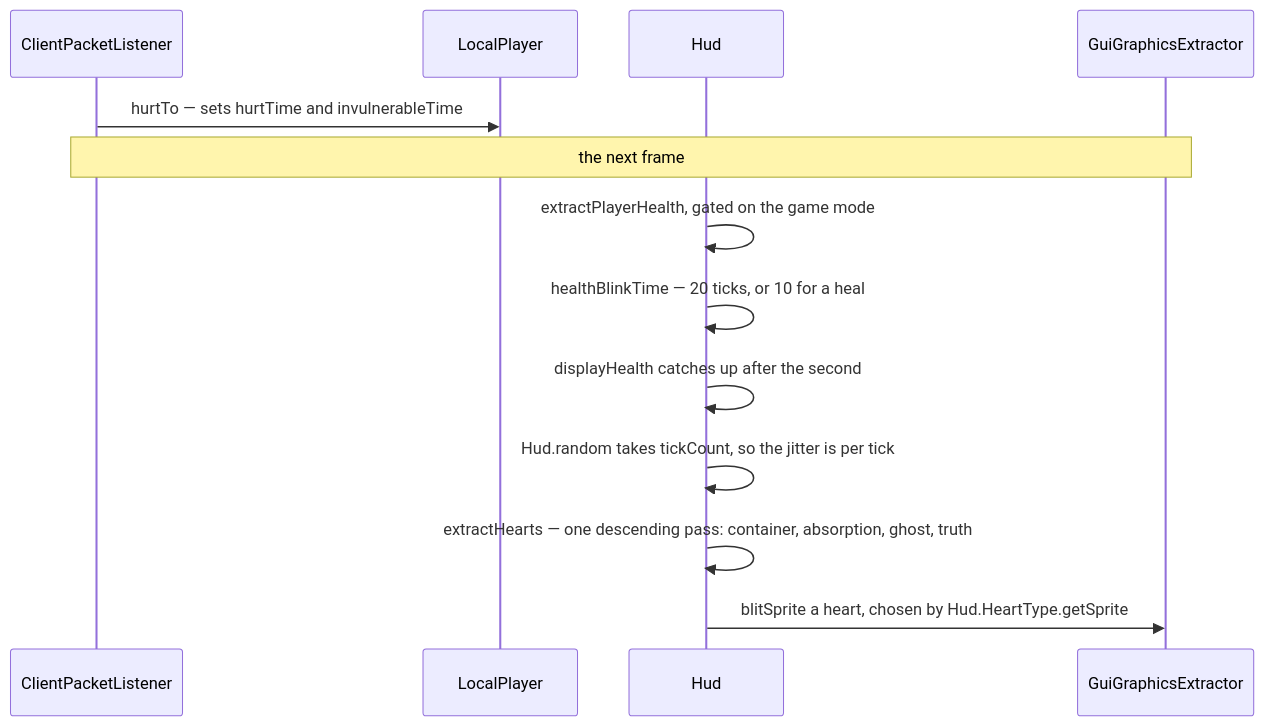
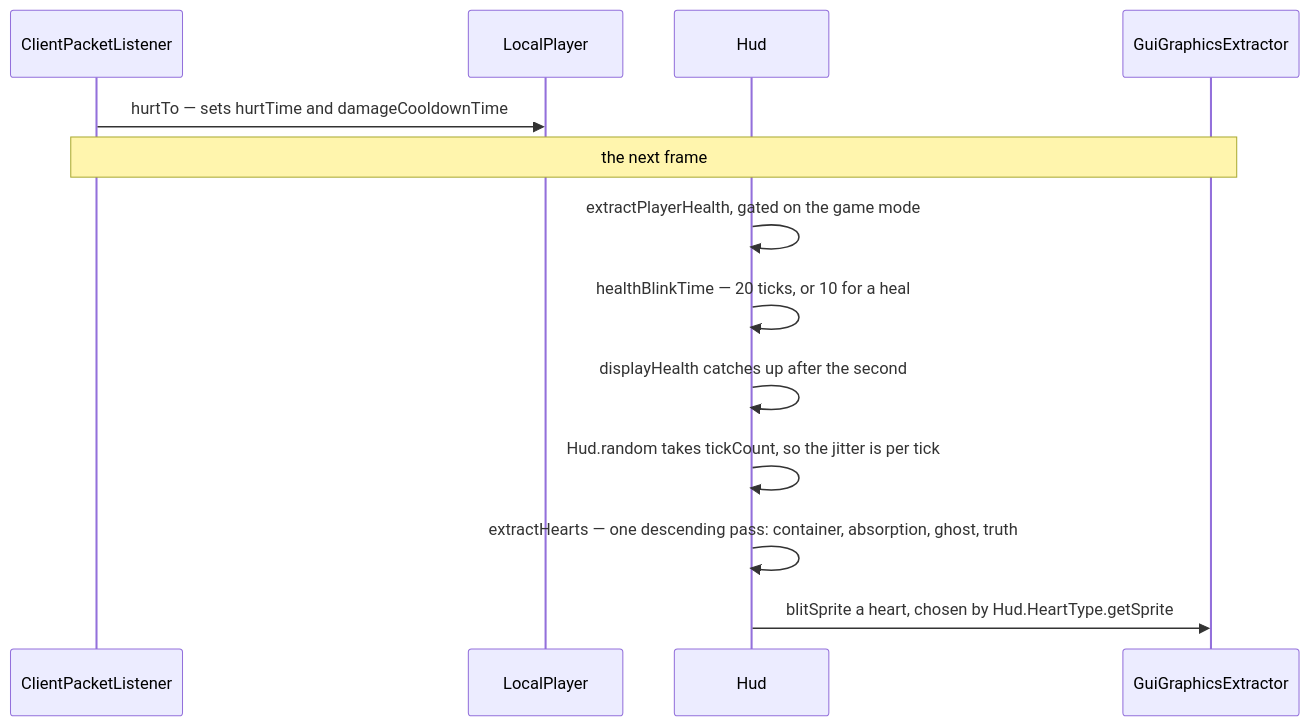
One commit to AlexanderjFraser/MinecraftDocs changed the second of 2 diagrams in src/systems/client/hud.md. Above: the diagram before and after it, drawn with Mermaid. The commit also changed other lines of this file and 68 other files, not shown here.

````diff
--- a/src/systems/client/hud.md
+++ b/src/systems/client/hud.md
@@ -157,16 +157,16 @@
 ```mermaid
 sequenceDiagram
     participant CPL as ClientPacketListener
     participant LP as LocalPlayer
     participant Hud as Hud
     participant GGE as GuiGraphicsExtractor
 
-    CPL->>LP: hurtTo — sets hurtTime and invulnerableTime
+    CPL->>LP: hurtTo — sets hurtTime and damageCooldownTime
     Note over CPL,GGE: the next frame
     Hud->>Hud: extractPlayerHealth, gated on the game mode
     Hud->>Hud: healthBlinkTime — 20 ticks, or 10 for a heal
     Hud->>Hud: displayHealth catches up after the second
     Hud->>Hud: Hud.random takes tickCount, so the jitter is per tick
     Hud->>Hud: extractHearts — one descending pass: container, absorption, ghost, truth
     Hud->>GGE: blitSprite a heart, chosen by Hud.HeartType.getSprite
 ```
````
